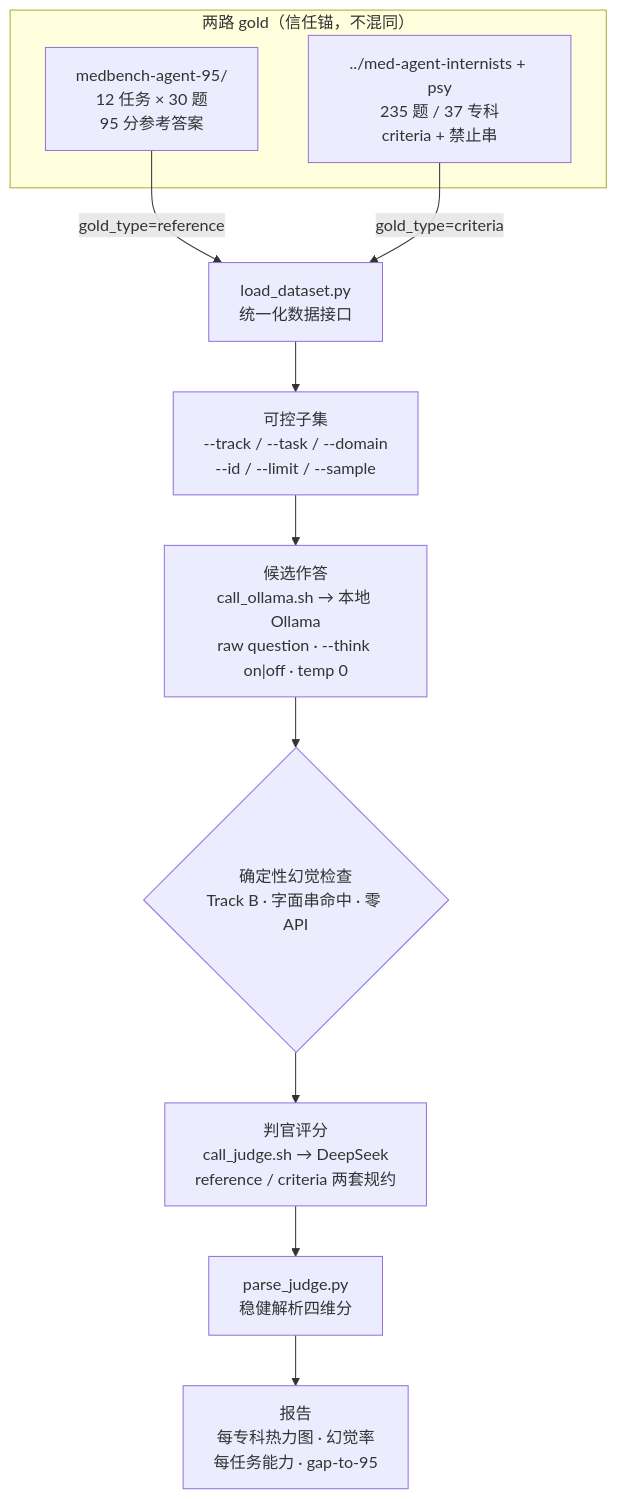
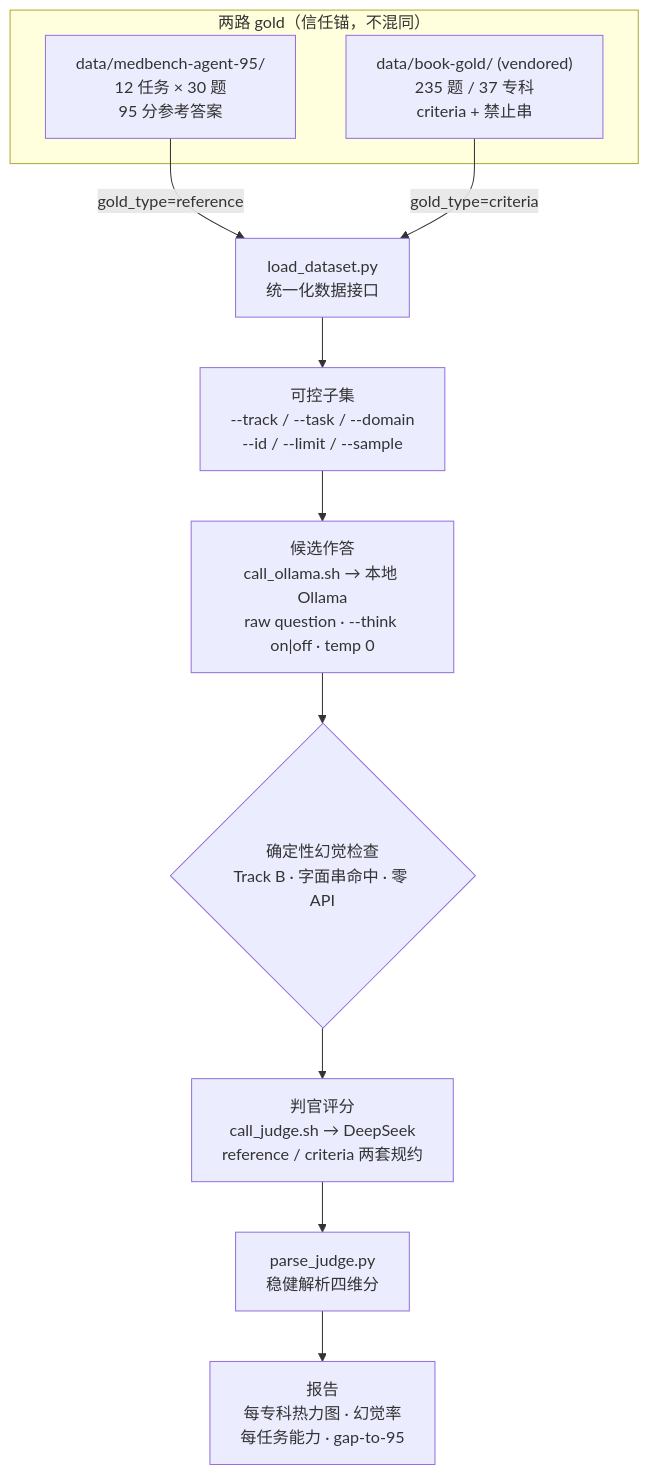
Before and after one commit to chenhaodev/med-agent-verifier: the diagram in README.md, drawn with Mermaid. The commit also changed other lines of this file and 33 other files, not shown here.

First line of the commit message:
refactor: self-contained data layout — vendor book gold, nest medbench under data/

````diff
--- a/README.md
+++ b/README.md
@@ -138,15 +138,15 @@
 ```mermaid
 flowchart TB
     subgraph GOLD["两路 gold（信任锚，不混同）"]
-        A["medbench-agent-95/<br/>12 任务 × 30 题<br/>95 分参考答案"]
-        B["../med-agent-internists + psy<br/>235 题 / 37 专科<br/>criteria + 禁止串"]
+        A["data/medbench-agent-95/<br/>12 任务 × 30 题<br/>95 分参考答案"]
+        B["data/book-gold/ (vendored)<br/>235 题 / 37 专科<br/>criteria + 禁止串"]
     end
     A -->|gold_type=reference| L["load_dataset.py<br/>统一化数据接口"]
     B -->|gold_type=criteria| L
     L --> SEL["可控子集<br/>--track / --task / --domain<br/>--id / --limit / --sample"]
     SEL --> RUN["候选作答<br/>call_ollama.sh → 本地 Ollama<br/>raw question · --think on|off · temp 0"]
     RUN --> HC{"确定性幻觉检查<br/>Track B · 字面串命中 · 零 API"}
     HC --> JUDGE["判官评分<br/>call_judge.sh → DeepSeek<br/>reference / criteria 两套规约"]
     JUDGE --> PARSE["parse_judge.py<br/>稳健解析四维分"]
     PARSE --> REP["报告<br/>每专科热力图 · 幻觉率<br/>每任务能力 · gap-to-95"]
 ```
````
